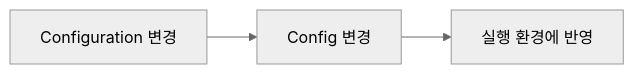
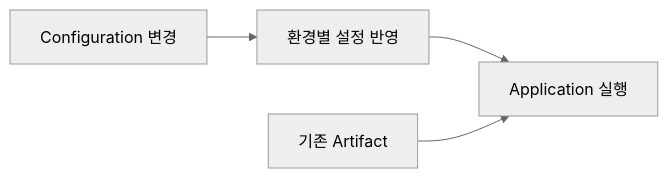
The fifth of 7 diagrams in _posts/2026-08-23-application-configuration-seperation.md (jw3418/jw3418.github.io), drawn with Mermaid (neutral theme) before and after one commit. The commit also changed other lines of this file, not shown here.

First line of the commit message:
Revise configuration management with flowchart

````diff
--- a/_posts/2026-08-23-application-configuration-seperation.md
+++ b/_posts/2026-08-23-application-configuration-seperation.md
@@ -168,5 +163,8 @@
 ```mermaid
 flowchart LR
-    Config["Configuration 변경"] --> Update["Config 변경"]
-    Update --> Apply["실행 환경에 반영"]
+    Config["Configuration 변경"]
+    Config --> Apply["환경별 설정 반영"]
+    Apply --> App["Application 실행"]
+
+    Artifact["기존 Artifact"] --> App
 ```
````
